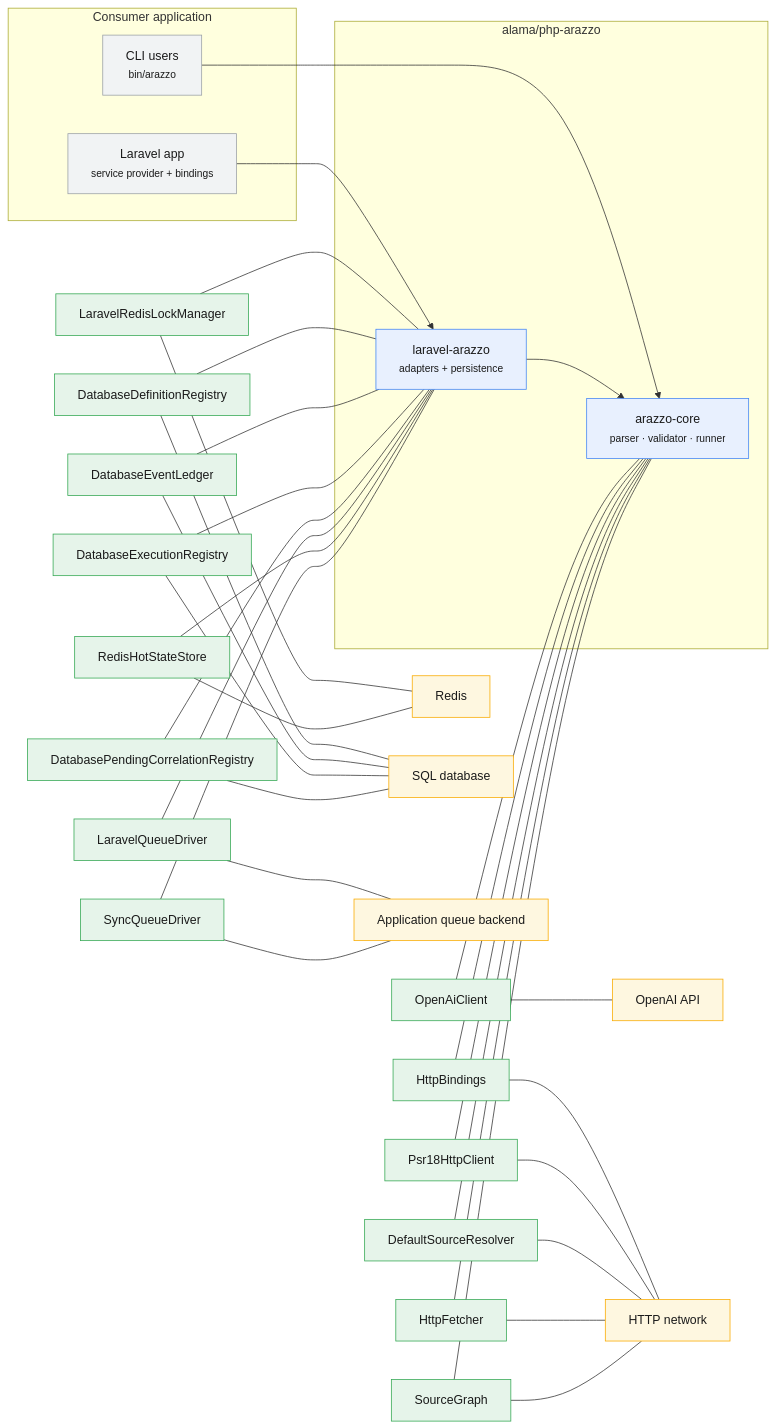
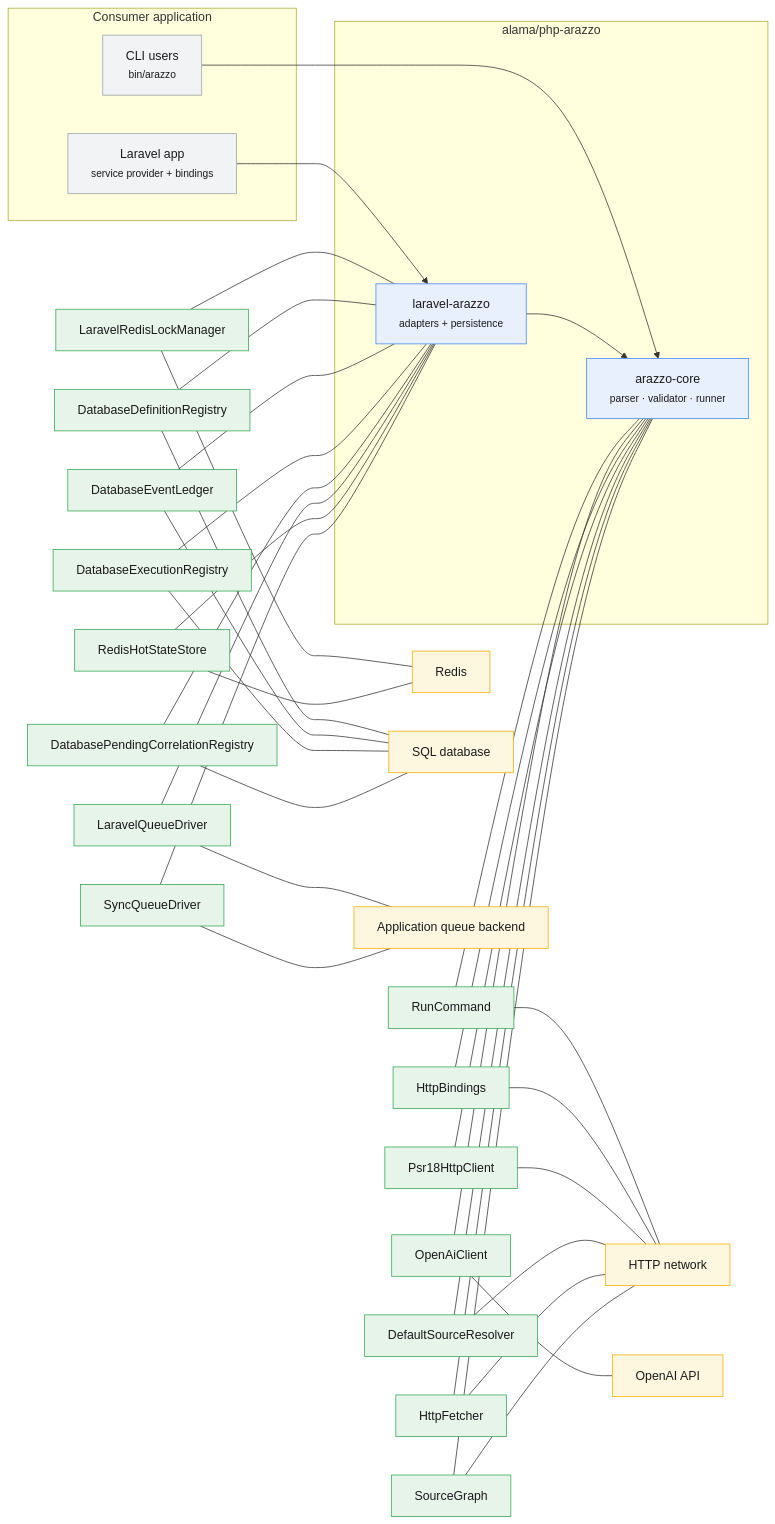
The diagram in docs/generated/integration-context.md (Mohammed-Alama/php-arazzo), drawn with Mermaid before and after one commit. The commit also changed 19 other files, not shown here.

Commit message:
fix(cli): execute workflows through the real HTTP graph (#334)

````diff
--- a/docs/generated/integration-context.md
+++ b/docs/generated/integration-context.md
@@ -12,65 +12,68 @@
 ```mermaid
 flowchart LR
     subgraph Host["Consumer application"]
         LARAVEL["Laravel app<br/><small>service provider + bindings</small>"]:::host
         CLI["CLI users<br/><small>bin/arazzo</small>"]:::host
     end
     subgraph Package["alama/php-arazzo"]
         CORE["arazzo-core<br/><small>parser · validator · runner</small>"]:::package
         BRIDGE["laravel-arazzo<br/><small>adapters + persistence</small>"]:::package
         CLI --> CORE
         LARAVEL --> BRIDGE
         BRIDGE --> CORE
     end
         A_Alama_Arazzo_Laravel_Lock_LaravelRedisLockManager["LaravelRedisLockManager"]:::adapter
         A_Alama_Arazzo_Laravel_Lock_LaravelRedisLockManager --- BRIDGE
         A_Alama_Arazzo_Laravel_Lock_LaravelRedisLockManager --- redis
         A_Alama_Arazzo_Laravel_Persistence_DatabaseDefinitionRegistry["DatabaseDefinitionRegistry"]:::adapter
         A_Alama_Arazzo_Laravel_Persistence_DatabaseDefinitionRegistry --- BRIDGE
         A_Alama_Arazzo_Laravel_Persistence_DatabaseDefinitionRegistry --- sql
         A_Alama_Arazzo_Laravel_Persistence_DatabaseEventLedger["DatabaseEventLedger"]:::adapter
         A_Alama_Arazzo_Laravel_Persistence_DatabaseEventLedger --- BRIDGE
         A_Alama_Arazzo_Laravel_Persistence_DatabaseEventLedger --- sql
         A_Alama_Arazzo_Laravel_Persistence_DatabaseExecutionRegistry["DatabaseExecutionRegistry"]:::adapter
         A_Alama_Arazzo_Laravel_Persistence_DatabaseExecutionRegistry --- BRIDGE
         A_Alama_Arazzo_Laravel_Persistence_DatabaseExecutionRegistry --- sql
         A_Alama_Arazzo_Laravel_Persistence_DatabasePendingCorrelationRegistry["DatabasePendingCorrelationRegistry"]:::adapter
         A_Alama_Arazzo_Laravel_Persistence_DatabasePendingCorrelationRegistry --- BRIDGE
         A_Alama_Arazzo_Laravel_Persistence_DatabasePendingCorrelationRegistry --- sql
         A_Alama_Arazzo_Laravel_Queue_LaravelQueueDriver["LaravelQueueDriver"]:::adapter
         A_Alama_Arazzo_Laravel_Queue_LaravelQueueDriver --- BRIDGE
         A_Alama_Arazzo_Laravel_Queue_LaravelQueueDriver --- queue
         A_Alama_Arazzo_Laravel_State_RedisHotStateStore["RedisHotStateStore"]:::adapter
         A_Alama_Arazzo_Laravel_State_RedisHotStateStore --- BRIDGE
         A_Alama_Arazzo_Laravel_State_RedisHotStateStore --- redis
         A_Alama_Arazzo_Runner_Execution_SyncQueueDriver["SyncQueueDriver"]:::adapter
         A_Alama_Arazzo_Runner_Execution_SyncQueueDriver --- BRIDGE
         A_Alama_Arazzo_Runner_Execution_SyncQueueDriver --- queue
+        A_Alama_Arazzo_Cli_Console_Command_RunCommand["RunCommand"]:::adapter
+        A_Alama_Arazzo_Cli_Console_Command_RunCommand --- CORE
+        A_Alama_Arazzo_Cli_Console_Command_RunCommand --- net
         A_Alama_Arazzo_Cli_Generator_Clients_OpenAiClient["OpenAiClient"]:::adapter
         A_Alama_Arazzo_Cli_Generator_Clients_OpenAiClient --- CORE
         A_Alama_Arazzo_Cli_Generator_Clients_OpenAiClient --- openai
         A_Alama_Arazzo_Laravel_Bindings_HttpBindings["HttpBindings"]:::adapter
         A_Alama_Arazzo_Laravel_Bindings_HttpBindings --- CORE
         A_Alama_Arazzo_Laravel_Bindings_HttpBindings --- net
         A_Alama_Arazzo_Laravel_Http_Psr18HttpClient["Psr18HttpClient"]:::adapter
         A_Alama_Arazzo_Laravel_Http_Psr18HttpClient --- CORE
         A_Alama_Arazzo_Laravel_Http_Psr18HttpClient --- net
         A_Alama_Arazzo_Sources_Resolver_DefaultSourceResolver["DefaultSourceResolver"]:::adapter
         A_Alama_Arazzo_Sources_Resolver_DefaultSourceResolver --- CORE
         A_Alama_Arazzo_Sources_Resolver_DefaultSourceResolver --- net
         A_Alama_Arazzo_Sources_Resolver_Fetchers_HttpFetcher["HttpFetcher"]:::adapter
         A_Alama_Arazzo_Sources_Resolver_Fetchers_HttpFetcher --- CORE
         A_Alama_Arazzo_Sources_Resolver_Fetchers_HttpFetcher --- net
         A_Alama_Arazzo_Sources_SourceGraph["SourceGraph"]:::adapter
         A_Alama_Arazzo_Sources_SourceGraph --- CORE
         A_Alama_Arazzo_Sources_SourceGraph --- net
     net["HTTP network"]:::system
     openai["OpenAI API"]:::system
     queue["Application queue backend"]:::system
     redis["Redis"]:::system
     sql["SQL database"]:::system
     classDef host fill:#f1f3f4,stroke:#9aa0a6,color:#1a1a1a;
     classDef package fill:#e8f0fe,stroke:#4285f4,color:#1a1a1a;
     classDef adapter fill:#e6f4ea,stroke:#34a853,color:#1a1a1a;
     classDef system fill:#fef7e0,stroke:#f9ab00,color:#1a1a1a;
 ```
````
